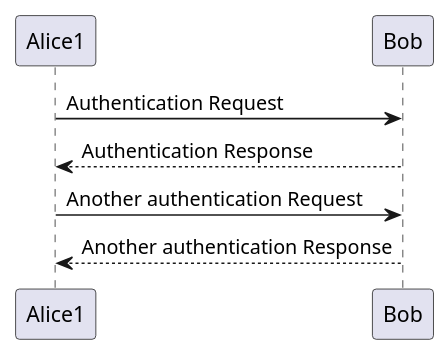
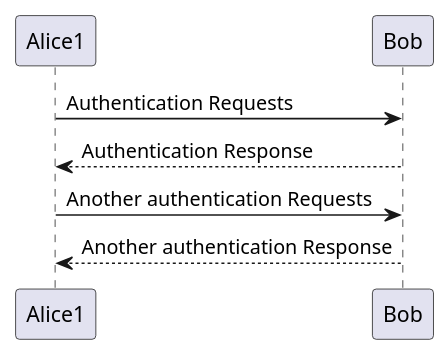
The diagram in diagrams/test1.puml (VamshiAnumolu/plant-uml-action), drawn with PlantUML before and after one commit.

```diff
--- a/diagrams/test1.puml
+++ b/diagrams/test1.puml
@@ -1,7 +1,7 @@
 @startuml
-Alice1 -> Bob: Authentication Request
+Alice1 -> Bob: Authentication Requests
 Bob --> Alice1: Authentication Response
 
-Alice1 -> Bob: Another authentication Request
+Alice1 -> Bob: Another authentication Requests
 Alice1 <-- Bob: Another authentication Response
 @enduml
```
